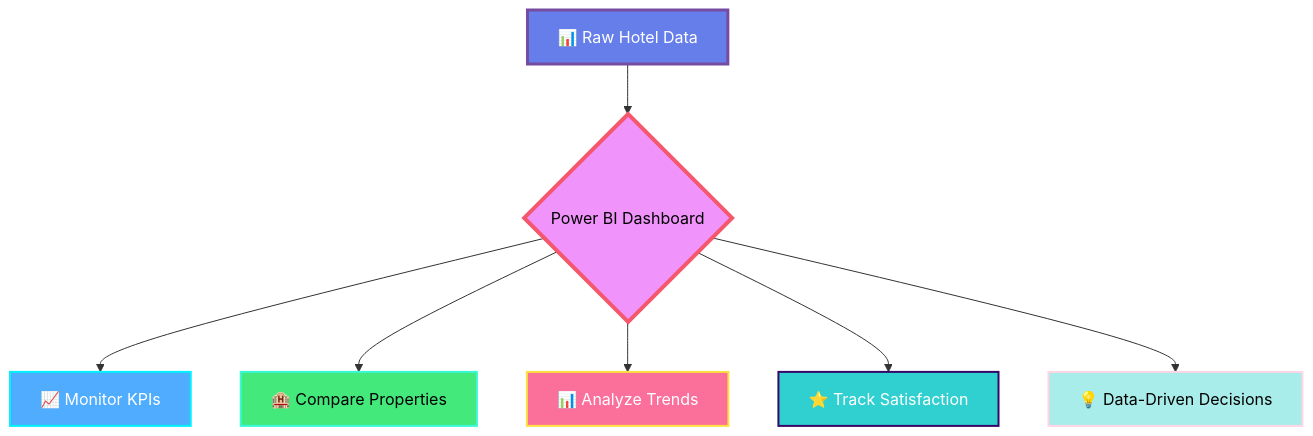
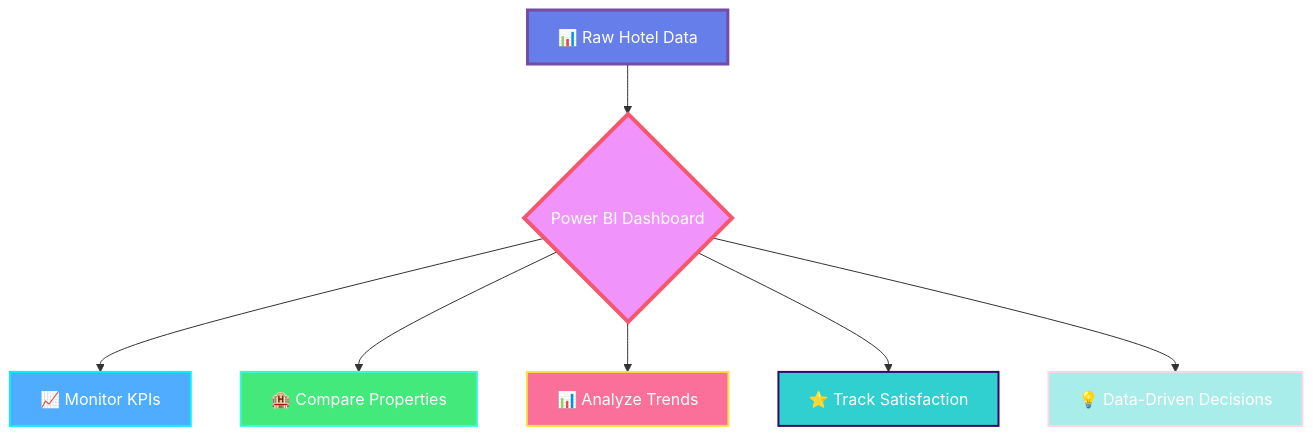
One commit to drvsaxena/Hospitality-Insights-Dashboard changed the first of 7 diagrams in README.md. Above: the diagram before and after it, drawn with Mermaid. The commit also changed other lines of this file, not shown here.

First line of the commit message:
Refactor diagram styles and remove roadmap

````diff
--- a/README.md
+++ b/README.md
@@ -35,17 +35,17 @@
 ```mermaid
 graph TB
     A[📊 Raw Hotel Data] --> B{Power BI Dashboard}
     B --> C[📈 Monitor KPIs]
     B --> D[🏨 Compare Properties]
     B --> E[📊 Analyze Trends]
     B --> F[⭐ Track Satisfaction]
     B --> G[💡 Data-Driven Decisions]
     
     style A fill:#667eea,stroke:#764ba2,stroke-width:3px,color:#fff
-    style B fill:#f093fb,stroke:#f5576c,stroke-width:4px,color:#000
+    style B fill:#f093fb,stroke:#f5576c,stroke-width:4px,color:#fff
     style C fill:#4facfe,stroke:#00f2fe,stroke-width:2px,color:#fff
-    style D fill:#43e97b,stroke:#38f9d7,stroke-width:2px,color:#000
+    style D fill:#43e97b,stroke:#38f9d7,stroke-width:2px,color:#fff
     style E fill:#fa709a,stroke:#fee140,stroke-width:2px,color:#fff
     style F fill:#30cfd0,stroke:#330867,stroke-width:2px,color:#fff
-    style G fill:#a8edea,stroke:#fed6e3,stroke-width:2px,color:#000
+    style G fill:#a8edea,stroke:#fed6e3,stroke-width:2px,color:#fff
 ```
````
